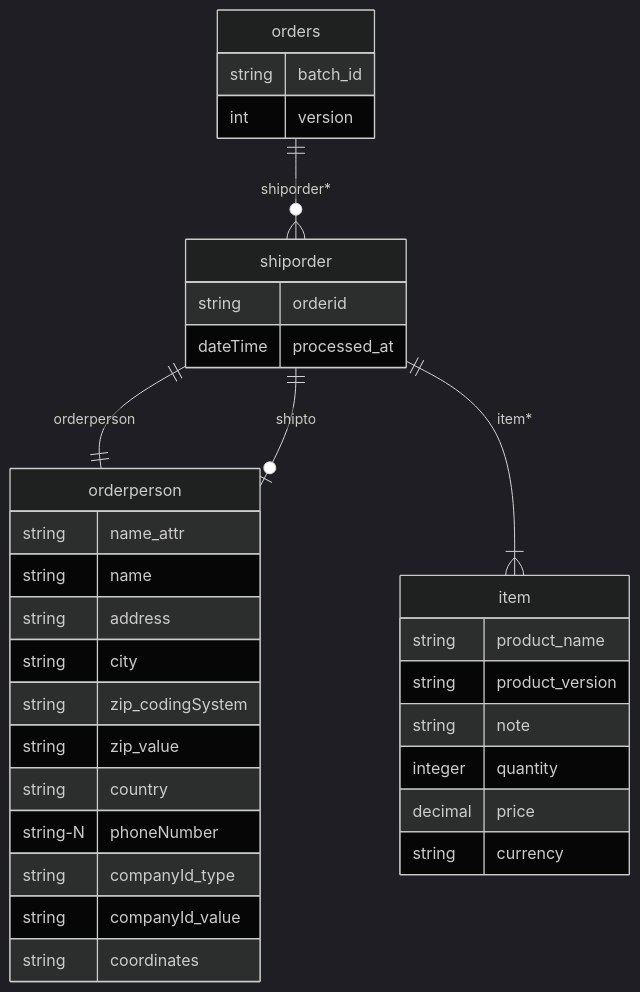
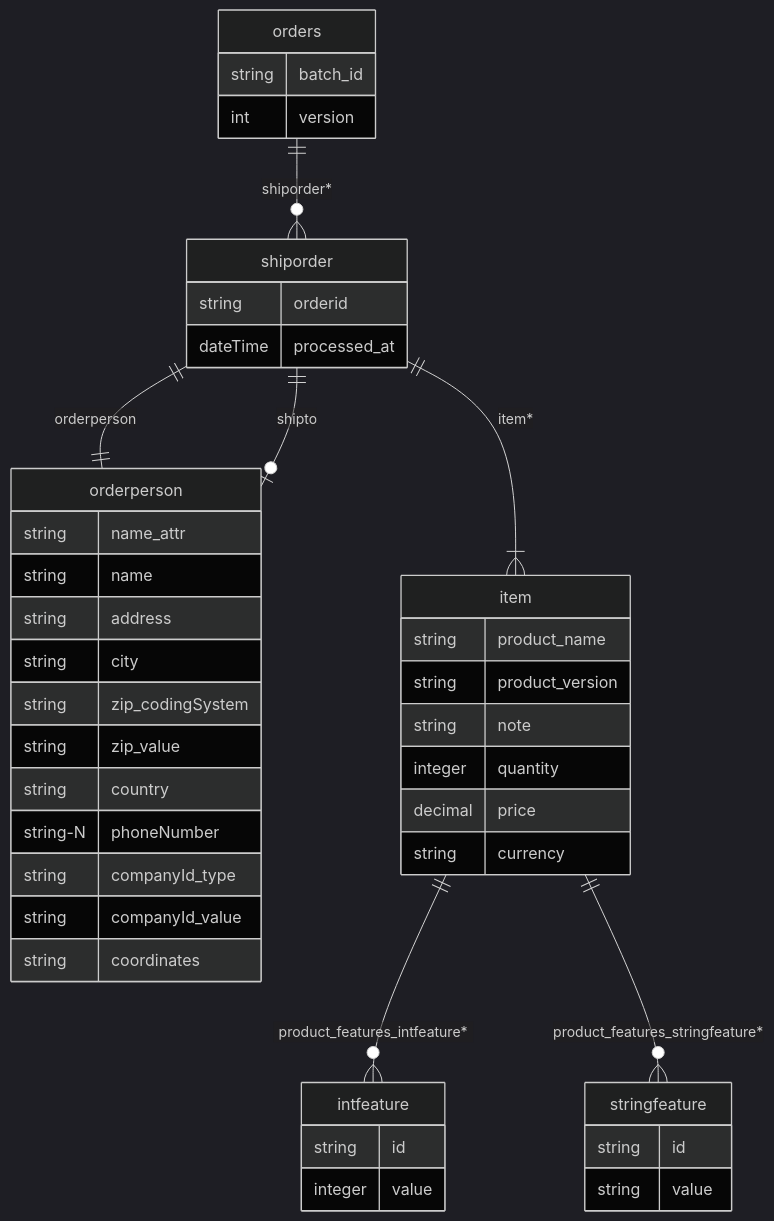
One commit to cre-dev/xml2db changed the diagram in tests/sample_models/orders/orders_erd_version0.md. Above: the diagram before and after it, drawn with Mermaid (dark theme). The commit also changed 28 other files, not shown here.

````diff
--- a/tests/sample_models/orders/orders_erd_version0.md
+++ b/tests/sample_models/orders/orders_erd_version0.md
@@ -1,36 +1,46 @@
 ```mermaid
 erDiagram
     orders ||--o{ shiporder : "shiporder*"
     orders {
         string batch_id
         int version
     }
     shiporder ||--|| orderperson : "orderperson"
     shiporder ||--o| orderperson : "shipto"
     shiporder ||--|{ item : "item*"
     shiporder {
         string orderid
         dateTime processed_at
     }
+    item ||--o{ intfeature : "product_features_intfeature*"
+    item ||--o{ stringfeature : "product_features_stringfeature*"
     item {
         string product_name
         string product_version
         string note
         integer quantity
         decimal price
         string currency
+    }
+    stringfeature {
+        string id
+        string value
+    }
+    intfeature {
+        string id
+        integer value
     }
     orderperson {
         string name_attr
         string name
         string address
         string city
         string zip_codingSystem
         string zip_value
         string country
         string-N phoneNumber
         string companyId_type
         string companyId_value
         string coordinates
     }
 ```
````
